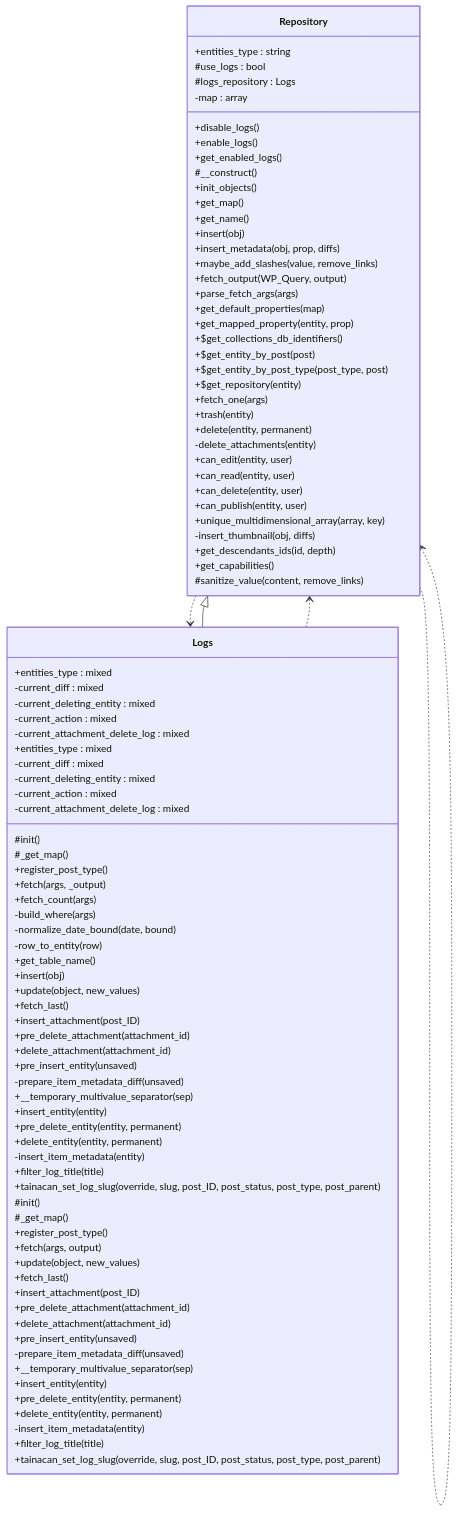
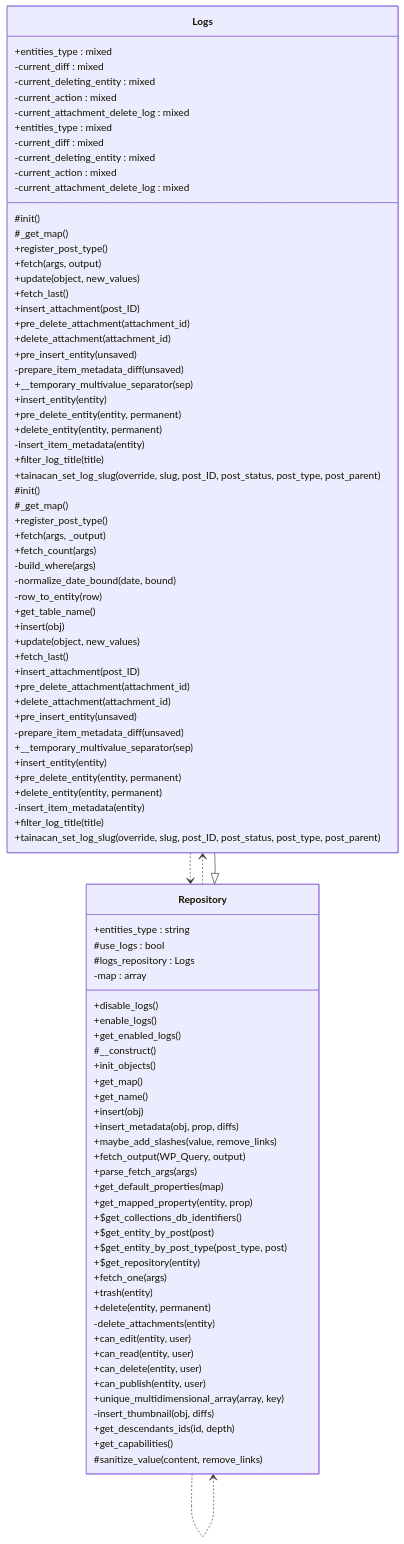
One commit to tainacan/tainacan changed the diagram in docs/phpdoc/classes/Tainacan/Repositories/Logs.mmd. Above: the diagram before and after it, drawn with Mermaid. The commit also changed other lines of this file and 96 other files, not shown here.

```diff
--- a/docs/phpdoc/classes/Tainacan/Repositories/Logs.mmd
+++ b/docs/phpdoc/classes/Tainacan/Repositories/Logs.mmd
@@ -1,99 +1,99 @@
 classDiagram
     direction TB
+    class Logs {
+        +entities_type : mixed
+        -current_diff : mixed
+        -current_deleting_entity : mixed
+        -current_action : mixed
+        -current_attachment_delete_log : mixed
+        #init()
+        #_get_map()
+        +register_post_type()
+        +fetch(args, output)
+        +update(object, new_values)
+        +fetch_last()
+        +insert_attachment(post_ID)
+        +pre_delete_attachment(attachment_id)
+        +delete_attachment(attachment_id)
+        +pre_insert_entity(unsaved)
+        -prepare_item_metadata_diff(unsaved)
+        +__temporary_multivalue_separator(sep)
+        +insert_entity(entity)
+        +pre_delete_entity(entity, permanent)
+        +delete_entity(entity, permanent)
+        -insert_item_metadata(entity)
+        +filter_log_title(title)
+        +tainacan_set_log_slug(override, slug, post_ID, post_status, post_type, post_parent)
+    }
     class Repository {
         +entities_type : string
         #use_logs : bool
         #logs_repository : Logs
         -map : array
         +disable_logs()
         +enable_logs()
         +get_enabled_logs()
         #__construct()
         +init_objects()
         +get_map()
         +get_name()
         +insert(obj)
         +insert_metadata(obj, prop, diffs)
         +maybe_add_slashes(value, remove_links)
         +fetch_output(WP_Query, output)
         +parse_fetch_args(args)
         +get_default_properties(map)
         +get_mapped_property(entity, prop)
         +$get_collections_db_identifiers()
         +$get_entity_by_post(post)
         +$get_entity_by_post_type(post_type, post)
         +$get_repository(entity)
         +fetch_one(args)
         +trash(entity)
         +delete(entity, permanent)
         -delete_attachments(entity)
         +can_edit(entity, user)
         +can_read(entity, user)
         +can_delete(entity, user)
         +can_publish(entity, user)
         +unique_multidimensional_array(array, key)
         -insert_thumbnail(obj, diffs)
         +get_descendants_ids(id, depth)
         +get_capabilities()
         #sanitize_value(content, remove_links)
     }
     class Logs {
         +entities_type : mixed
         -current_diff : mixed
         -current_deleting_entity : mixed
         -current_action : mixed
         -current_attachment_delete_log : mixed
         #init()
         #_get_map()
         +register_post_type()
         +fetch(args, _output)
         +fetch_count(args)
         -build_where(args)
         -normalize_date_bound(date, bound)
         -row_to_entity(row)
         +get_table_name()
         +insert(obj)
         +update(object, new_values)
         +fetch_last()
         +insert_attachment(post_ID)
         +pre_delete_attachment(attachment_id)
         +delete_attachment(attachment_id)
         +pre_insert_entity(unsaved)
         -prepare_item_metadata_diff(unsaved)
         +__temporary_multivalue_separator(sep)
         +insert_entity(entity)
         +pre_delete_entity(entity, permanent)
         +delete_entity(entity, permanent)
         -insert_item_metadata(entity)
         +filter_log_title(title)
         +tainacan_set_log_slug(override, slug, post_ID, post_status, post_type, post_parent)
     }
-    class Logs {
-        +entities_type : mixed
-        -current_diff : mixed
-        -current_deleting_entity : mixed
-        -current_action : mixed
-        -current_attachment_delete_log : mixed
-        #init()
-        #_get_map()
-        +register_post_type()
-        +fetch(args, output)
-        +update(object, new_values)
-        +fetch_last()
-        +insert_attachment(post_ID)
-        +pre_delete_attachment(attachment_id)
-        +delete_attachment(attachment_id)
-        +pre_insert_entity(unsaved)
-        -prepare_item_metadata_diff(unsaved)
-        +__temporary_multivalue_separator(sep)
-        +insert_entity(entity)
-        +pre_delete_entity(entity, permanent)
-        +delete_entity(entity, permanent)
-        -insert_item_metadata(entity)
-        +filter_log_title(title)
-        +tainacan_set_log_slug(override, slug, post_ID, post_status, post_type, post_parent)
-    }
     Logs ..> Repository
     Repository ..> Logs
     Repository ..> Repository
     Repository <|-- Logs
```
